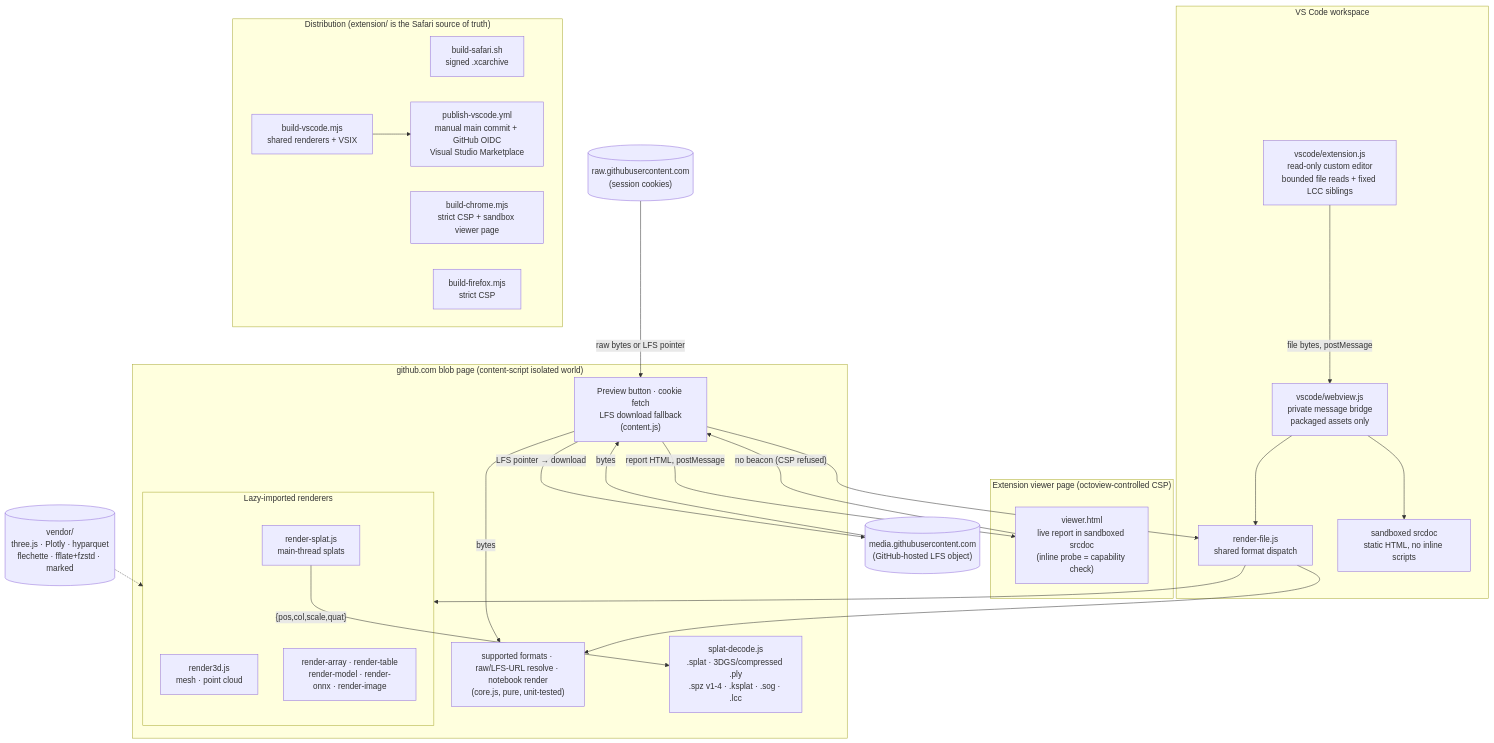
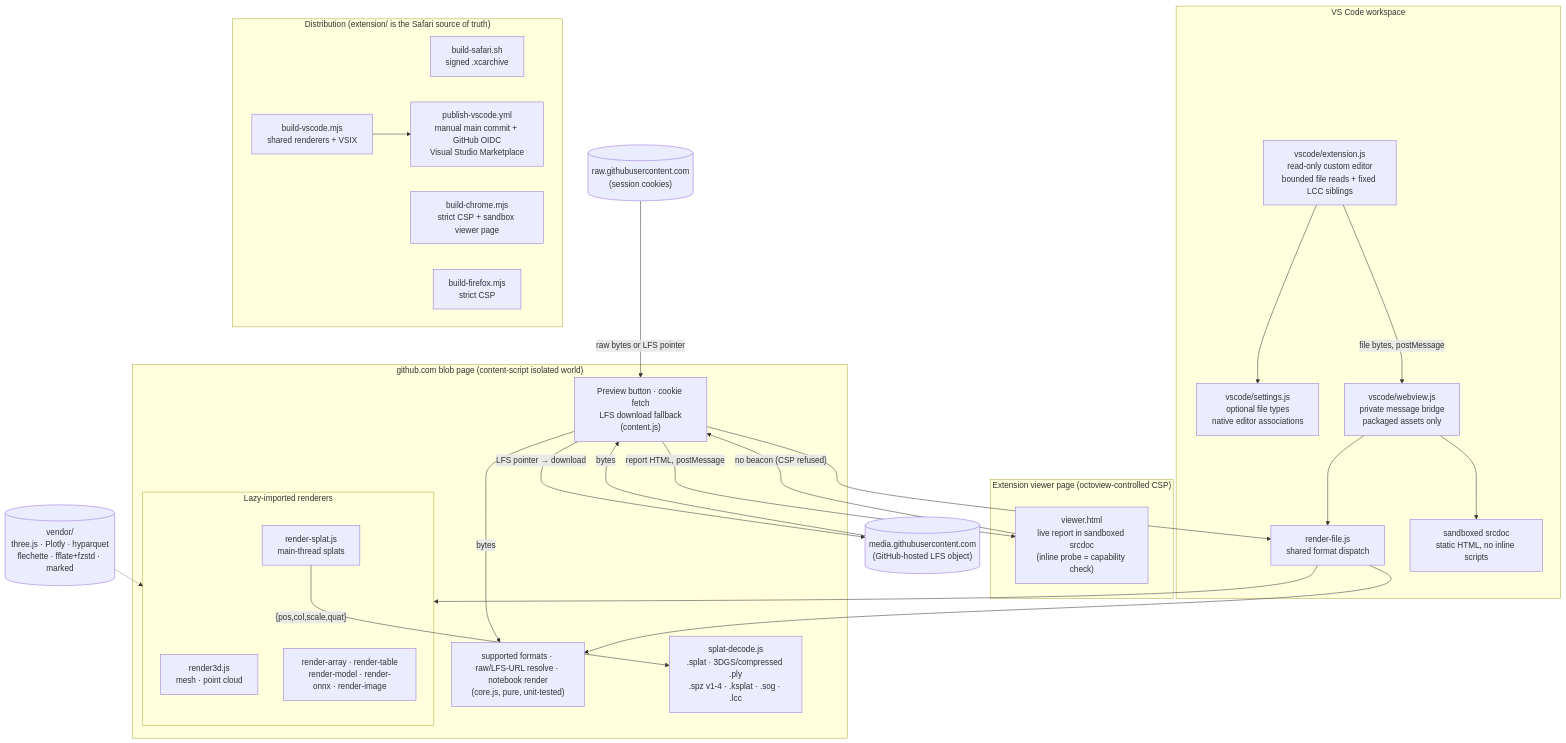
One commit to affromero/octoview changed the diagram in README.md. Above: the diagram before and after it, drawn with Mermaid. The commit also changed other lines of this file and 6 other files, not shown here.

Commit message:
vscode: add per-file-type automatic preview settings

````diff
--- a/README.md
+++ b/README.md
@@ -187,51 +187,53 @@
 ```mermaid
 flowchart TD
     subgraph blob["github.com blob page (content-script isolated world)"]
         content["Preview button · cookie fetch<br/>LFS download fallback<br/>(content.js)"]
         core["supported formats · raw/LFS-URL resolve · notebook render<br/>(core.js, pure, unit-tested)"]
         subgraph renderers["Lazy-imported renderers"]
             r3d["render3d.js<br/>mesh · point cloud"]
             rsplat["render-splat.js<br/>main-thread splats"]
             rmisc["render-array · render-table<br/>render-model · render-onnx · render-image"]
         end
         decode["splat-decode.js<br/>.splat · 3DGS/compressed .ply<br/>.spz v1-4 · .ksplat · .sog · .lcc"]
     end
 
     subgraph pages["Extension viewer page (octoview-controlled CSP)"]
         viewer["viewer.html<br/>live report in sandboxed srcdoc<br/>(inline probe = capability check)"]
     end
 
     gh[("raw.githubusercontent.com<br/>(session cookies)")]
     lfs[("media.githubusercontent.com<br/>(GitHub-hosted LFS object)")]
     vendor[("vendor/<br/>three.js · Plotly · hyparquet<br/>flechette · fflate+fzstd · marked")]
 
     content -->|bytes| core
     gh -->|raw bytes or LFS pointer| content
     content -->|LFS pointer → download| lfs
     lfs -->|bytes| content
     rsplat -->|"{pos,col,scale,quat}"| decode
     vendor -.-> renderers
     subgraph vscode["VS Code workspace"]
         host["vscode/extension.js<br/>read-only custom editor<br/>bounded file reads + fixed LCC siblings"]
+        preferences["vscode/settings.js<br/>optional file types<br/>native editor associations"]
         webview["vscode/webview.js<br/>private message bridge<br/>packaged assets only"]
         dispatch["render-file.js<br/>shared format dispatch"]
         frames["sandboxed srcdoc<br/>static HTML, no inline scripts"]
     end
     host -->|"file bytes, postMessage"| webview
+    host --> preferences
     webview --> dispatch
     content --> dispatch
     dispatch --> renderers
     dispatch --> core
     webview --> frames
     content -->|report HTML, postMessage| viewer
     viewer -->|"no beacon (CSP refused)"| content
 
     subgraph builds["Distribution (extension/ is the Safari source of truth)"]
         safari["build-safari.sh<br/>signed .xcarchive"]
         chrome["build-chrome.mjs<br/>strict CSP + sandbox viewer page"]
         firefox["build-firefox.mjs<br/>strict CSP"]
         vsix["build-vscode.mjs<br/>shared renderers + VSIX"]
         marketplace["publish-vscode.yml<br/>manual main commit + GitHub OIDC<br/>Visual Studio Marketplace"]
         vsix --> marketplace
     end
 ```
````
